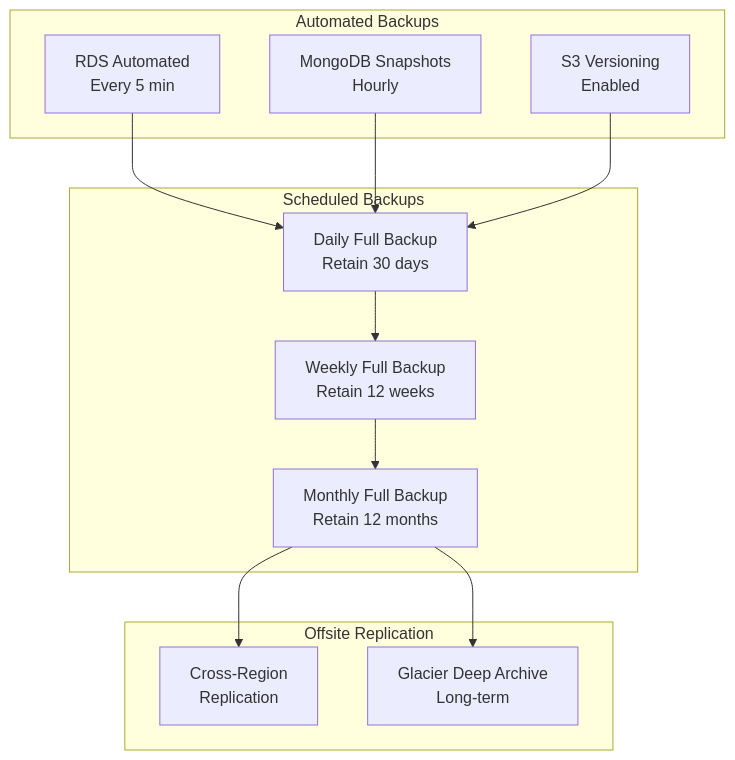
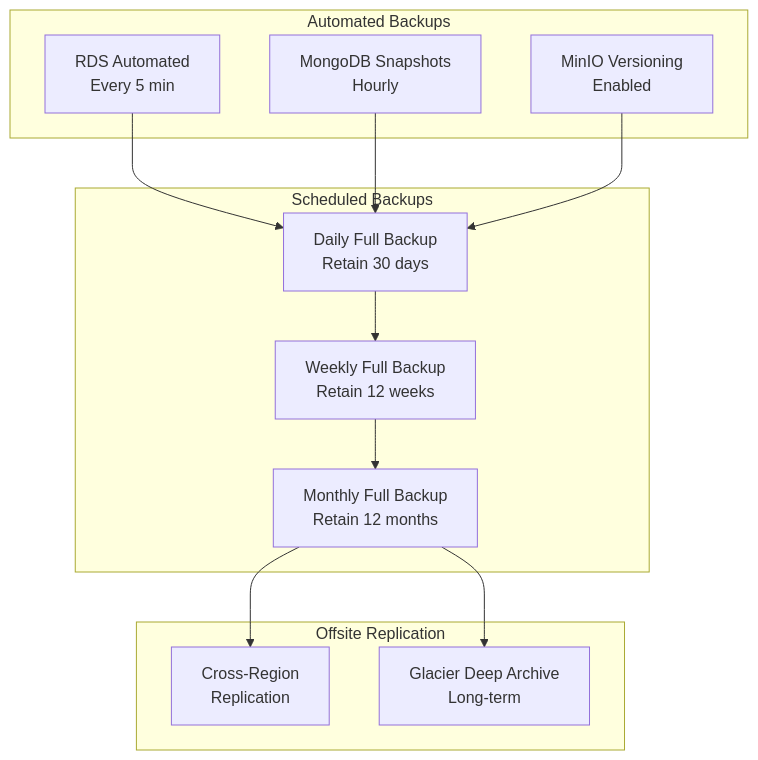
Before and after one commit to MuhibNayem/SkillForge: diagram 27 of 28 in docs/ARCHITECTURE.md, drawn with Mermaid. The commit also changed other lines of this file and 108 other files, not shown here.

Commit message:
feat: Implement initial microservices architecture for SkillForge, including Go services, Svelte client, and foundational infrastructure.

````diff
--- a/docs/ARCHITECTURE.md
+++ b/docs/ARCHITECTURE.md
@@ -1955,28 +2181,28 @@
 ```mermaid
 flowchart TB
     subgraph "Automated Backups"
         rds_backup[RDS Automated<br/>Every 5 min]
         mongo_backup[MongoDB Snapshots<br/>Hourly]
-        s3_versioning[S3 Versioning<br/>Enabled]
+        minio_versioning[MinIO Versioning<br/>Enabled]
     end
     
     subgraph "Scheduled Backups"
         daily[Daily Full Backup<br/>Retain 30 days]
         weekly[Weekly Full Backup<br/>Retain 12 weeks]
         monthly[Monthly Full Backup<br/>Retain 12 months]
     end
     
     subgraph "Offsite Replication"
         cross_region[Cross-Region<br/>Replication]
         glacier[Glacier Deep Archive<br/>Long-term]
     end
     
     rds_backup --> daily
     mongo_backup --> daily
-    s3_versioning --> daily
+    minio_versioning --> daily
     
     daily --> weekly
     weekly --> monthly
     monthly --> cross_region
     monthly --> glacier
 ```
````
